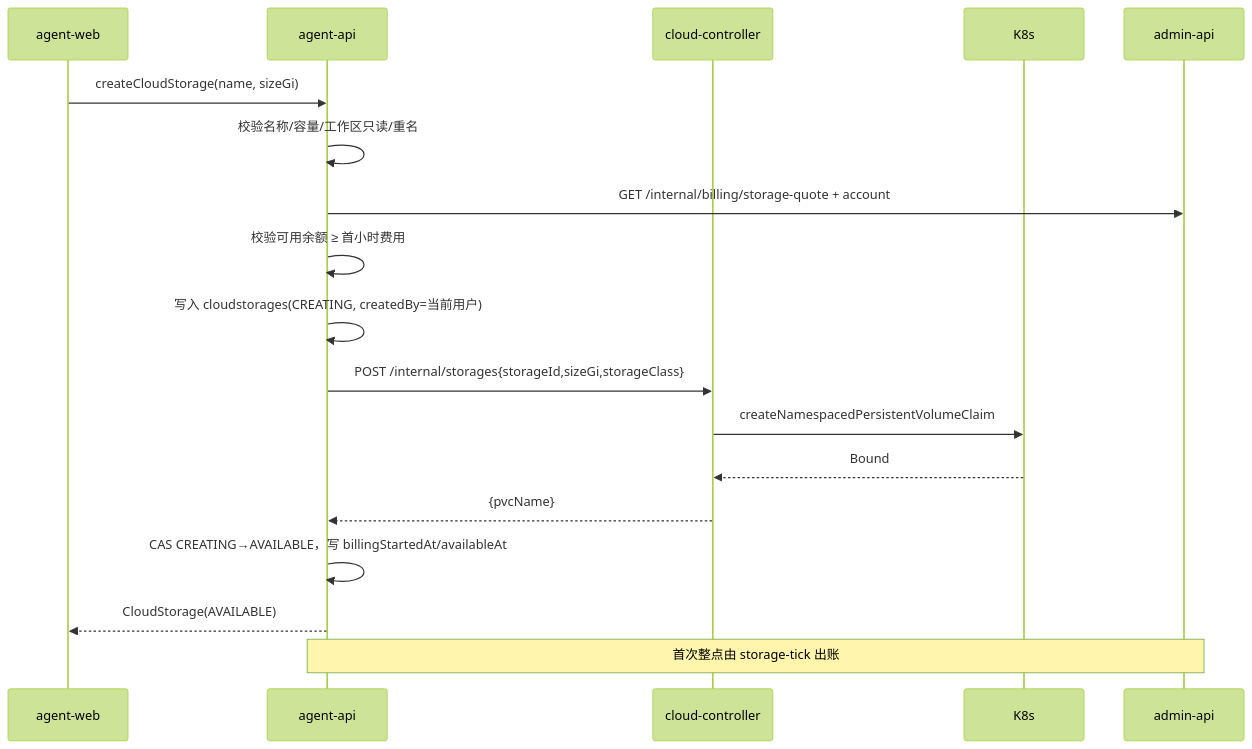
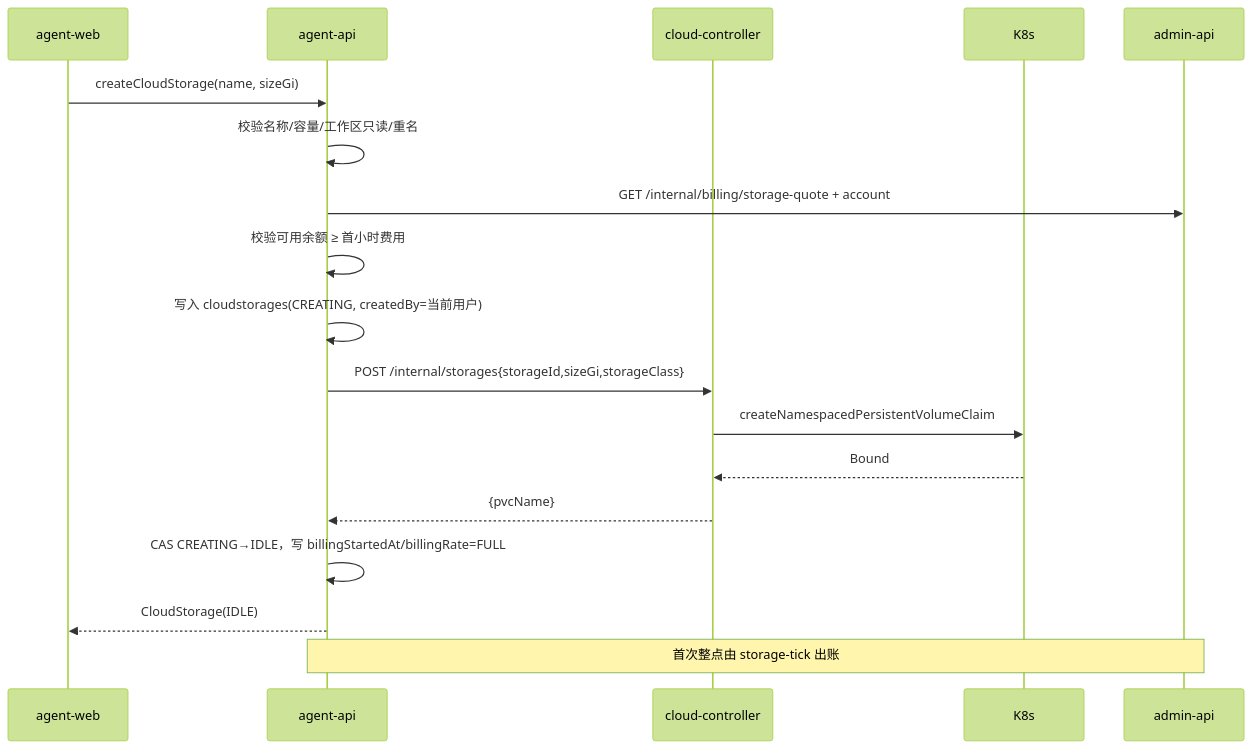
Before and after one commit to Deliay/z-agent-gear: the second of 7 diagrams in docs/engineering/proposals/20261102-feat-cloud-storage.md, drawn with Mermaid (forest theme). The commit also changed other lines of this file and 3 other files, not shown here.

````diff
--- a/docs/engineering/proposals/20261102-feat-cloud-storage.md
+++ b/docs/engineering/proposals/20261102-feat-cloud-storage.md
@@ -604,20 +650,20 @@
 ```mermaid
 sequenceDiagram
     participant W as agent-web
     participant A as agent-api
     participant C as cloud-controller
     participant K as K8s
     participant B as admin-api
     W->>A: createCloudStorage(name, sizeGi)
     A->>A: 校验名称/容量/工作区只读/重名
     A->>B: GET /internal/billing/storage-quote + account
     A->>A: 校验可用余额 ≥ 首小时费用
     A->>A: 写入 cloudstorages(CREATING, createdBy=当前用户)
     A->>C: POST /internal/storages{storageId,sizeGi,storageClass}
     C->>K: createNamespacedPersistentVolumeClaim
     K-->>C: Bound
     C-->>A: {pvcName}
-    A->>A: CAS CREATING→AVAILABLE，写 billingStartedAt/availableAt
-    A-->>W: CloudStorage(AVAILABLE)
+    A->>A: CAS CREATING→IDLE，写 billingStartedAt/billingRate=FULL
+    A-->>W: CloudStorage(IDLE)
     Note over A,B: 首次整点由 storage-tick 出账
 ```
````
